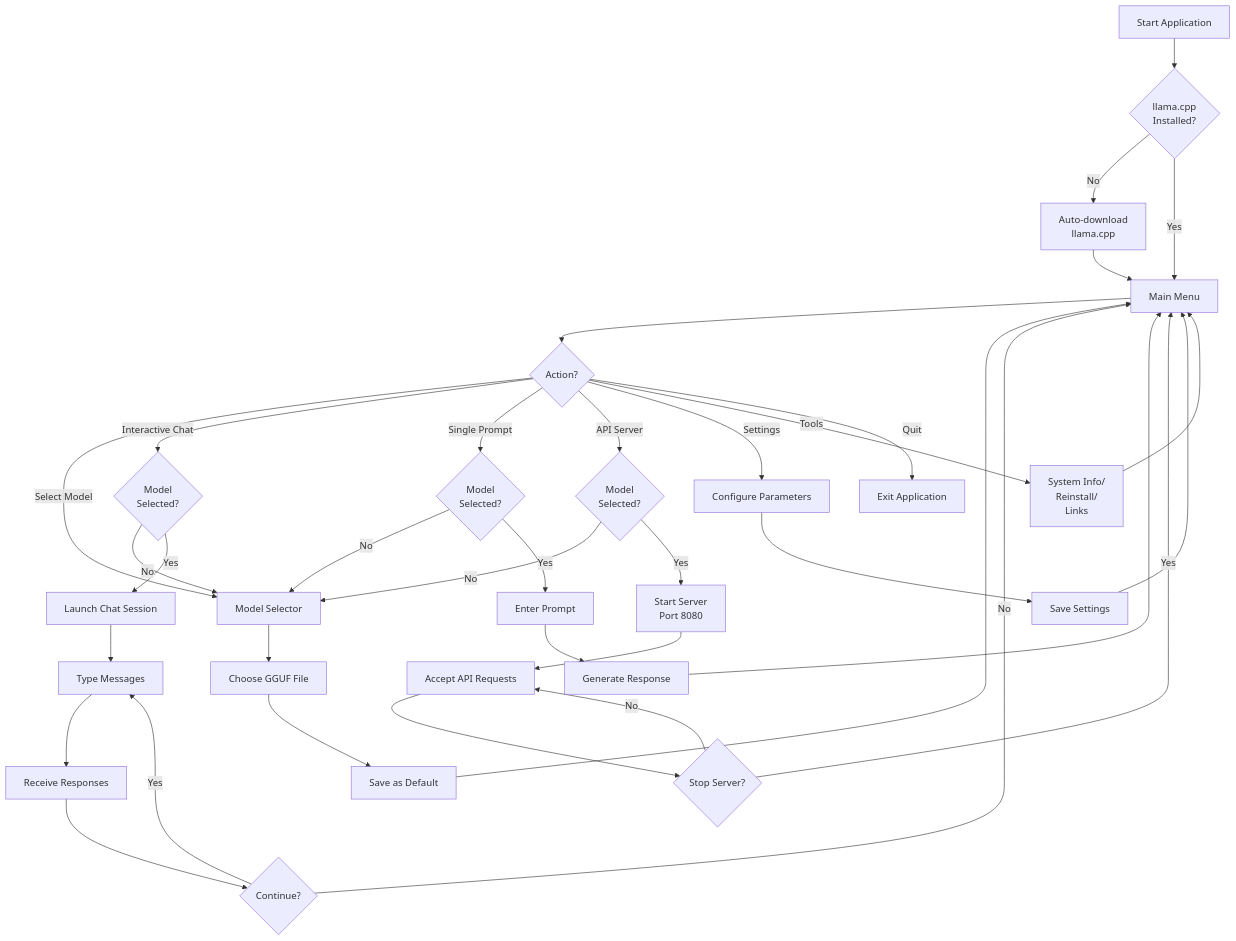
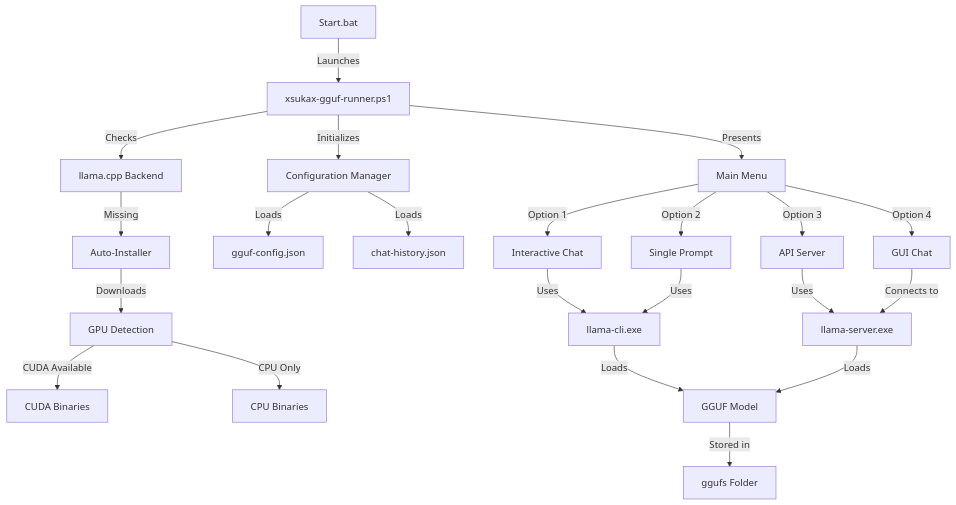
The first of 3 diagrams in README.md (xsukax/xsukax-GGUF-Runner), drawn with Mermaid before and after one commit. The commit also changed other lines of this file, not shown here.

First line of the commit message:
Revise README for xsukax GGUF Runner

````diff
--- a/README.md
+++ b/README.md
@@ -156,38 +159,24 @@
 ```mermaid
-flowchart TD
-    A[Start Application] --> B{llama.cpp<br/>Installed?}
-    B -->|No| C[Auto-download<br/>llama.cpp]
-    C --> D[Main Menu]
-    B -->|Yes| D
-    D --> E{Action?}
-    E -->|Select Model| F[Model Selector]
-    F --> G[Choose GGUF File]
-    G --> H[Save as Default]
-    H --> D
-    E -->|Interactive Chat| I{Model<br/>Selected?}
-    I -->|No| F
-    I -->|Yes| J[Launch Chat Session]
-    J --> K[Type Messages]
-    K --> L[Receive Responses]
-    L --> M{Continue?}
-    M -->|Yes| K
-    M -->|No| D
-    E -->|Single Prompt| N{Model<br/>Selected?}
-    N -->|No| F
-    N -->|Yes| O[Enter Prompt]
-    O --> P[Generate Response]
-    P --> D
-    E -->|API Server| Q{Model<br/>Selected?}
-    Q -->|No| F
-    Q -->|Yes| R[Start Server<br/>Port 8080]
-    R --> S[Accept API Requests]
-    S --> T{Stop Server?}
-    T -->|No| S
-    T -->|Yes| D
-    E -->|Settings| U[Configure Parameters]
-    U --> V[Save Settings]
-    V --> D
-    E -->|Tools| W[System Info/<br/>Reinstall/<br/>Links]
-    W --> D
-    E -->|Quit| X[Exit Application]
+graph TB
+    A[Start.bat] -->|Launches| B[xsukax-gguf-runner.ps1]
+    B -->|Initializes| C[Configuration Manager]
+    B -->|Checks| D[llama.cpp Backend]
+    D -->|Missing| E[Auto-Installer]
+    E -->|Downloads| F[GPU Detection]
+    F -->|CUDA Available| G[CUDA Binaries]
+    F -->|CPU Only| H[CPU Binaries]
+    C -->|Loads| I[gguf-config.json]
+    C -->|Loads| J[chat-history.json]
+    B -->|Presents| K[Main Menu]
+    K -->|Option 1| L[Interactive Chat]
+    K -->|Option 2| M[Single Prompt]
+    K -->|Option 3| N[API Server]
+    K -->|Option 4| O[GUI Chat]
+    L -->|Uses| P[llama-cli.exe]
+    M -->|Uses| P
+    N -->|Uses| Q[llama-server.exe]
+    O -->|Connects to| Q
+    P -->|Loads| R[GGUF Model]
+    Q -->|Loads| R
+    R -->|Stored in| S[ggufs Folder]
 ```
````
